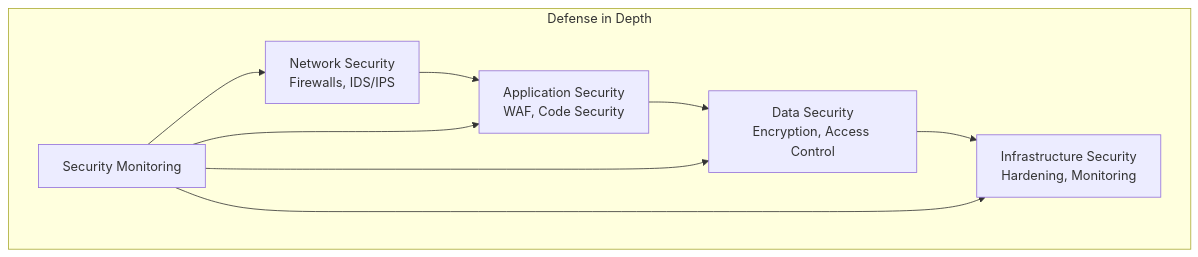
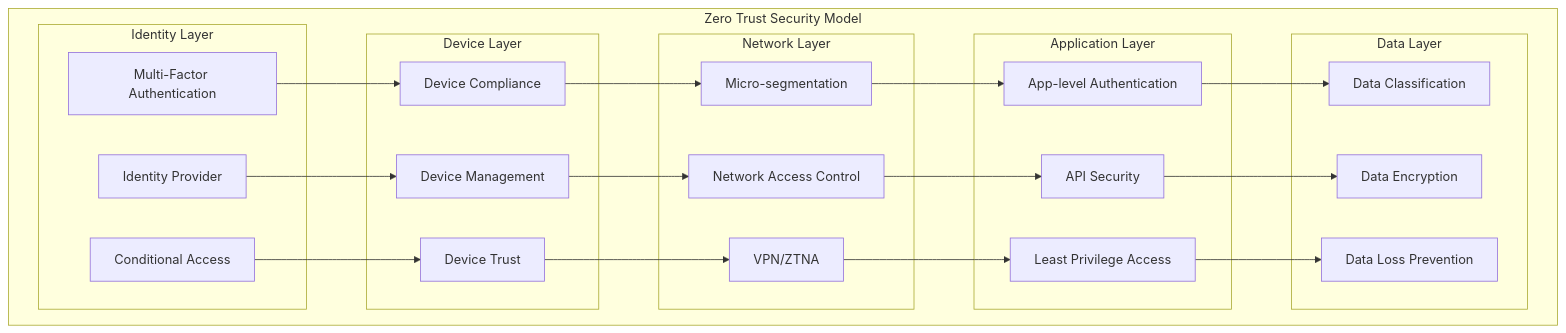
Before and after one commit to pxkundu/DevSecOps-Bootcamp: the first of 3 diagrams in AI-DataPlatformSolutions/05-Security/projects/security-architecture/README.md, drawn with Mermaid. The commit also changed other lines of this file and 14 other files, not shown here.

````diff
--- a/AI-DataPlatformSolutions/05-Security/projects/security-architecture/README.md
+++ b/AI-DataPlatformSolutions/05-Security/projects/security-architecture/README.md
@@ -180,13 +137,47 @@
 ```mermaid
 graph TB
-    subgraph "Defense in Depth"
-        A[Network Security<br/>Firewalls, IDS/IPS] --> B[Application Security<br/>WAF, Code Security]
-        B --> C[Data Security<br/>Encryption, Access Control]
-        C --> D[Infrastructure Security<br/>Hardening, Monitoring]
+    subgraph "Zero Trust Security Model"
+        subgraph "Identity Layer"
+            A[Multi-Factor Authentication]
+            B[Identity Provider]
+            C[Conditional Access]
+        end
         
-        E[Security Monitoring] --> A
-        E --> B
-        E --> C
-        E --> D
+        subgraph "Device Layer"
+            D[Device Compliance]
+            E[Device Management]
+            F[Device Trust]
+        end
+        
+        subgraph "Network Layer"
+            G[Micro-segmentation]
+            H[Network Access Control]
+            I[VPN/ZTNA]
+        end
+        
+        subgraph "Application Layer"
+            J[App-level Authentication]
+            K[API Security]
+            L[Least Privilege Access]
+        end
+        
+        subgraph "Data Layer"
+            M[Data Classification]
+            N[Data Encryption]
+            O[Data Loss Prevention]
+        end
+        
+        A --> D
+        B --> E
+        C --> F
+        D --> G
+        E --> H
+        F --> I
+        G --> J
+        H --> K
+        I --> L
+        J --> M
+        K --> N
+        L --> O
     end
 ```
````
